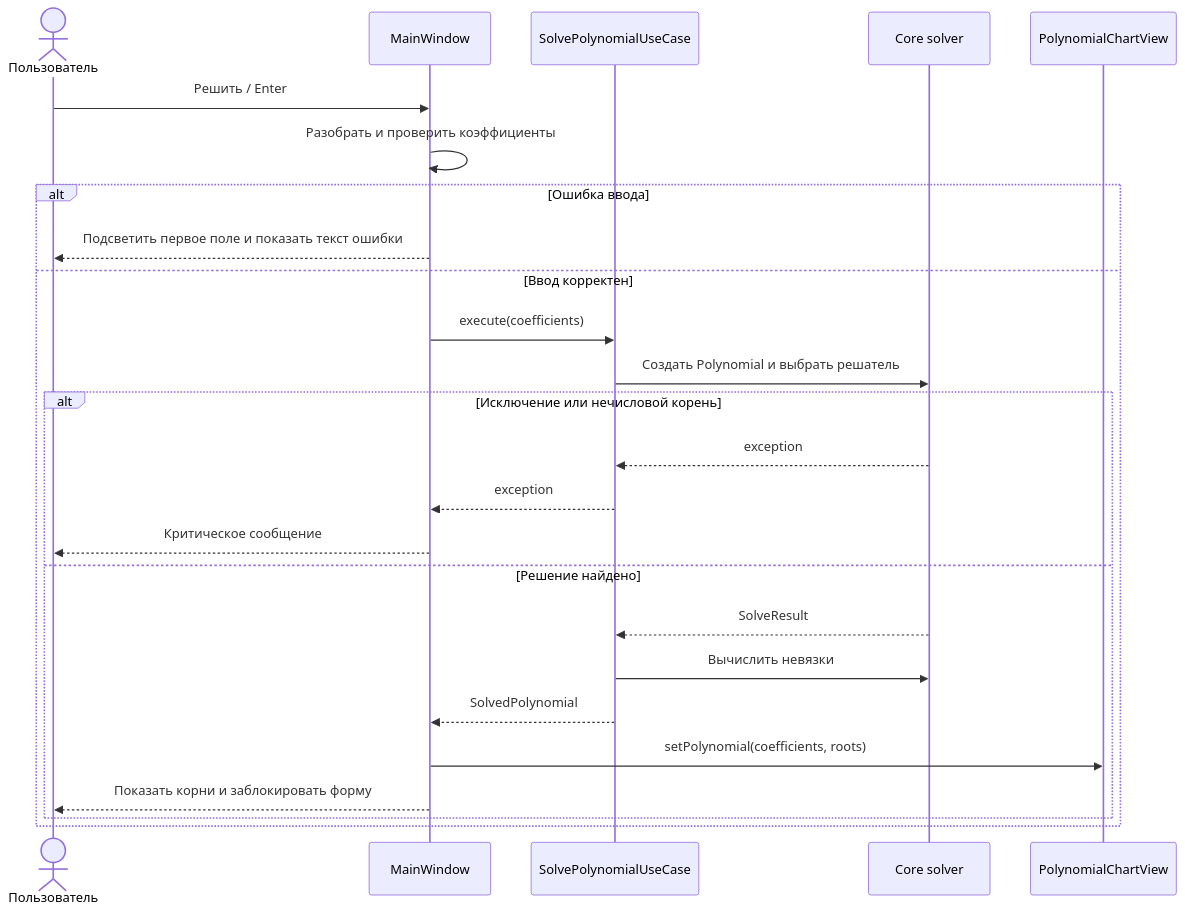
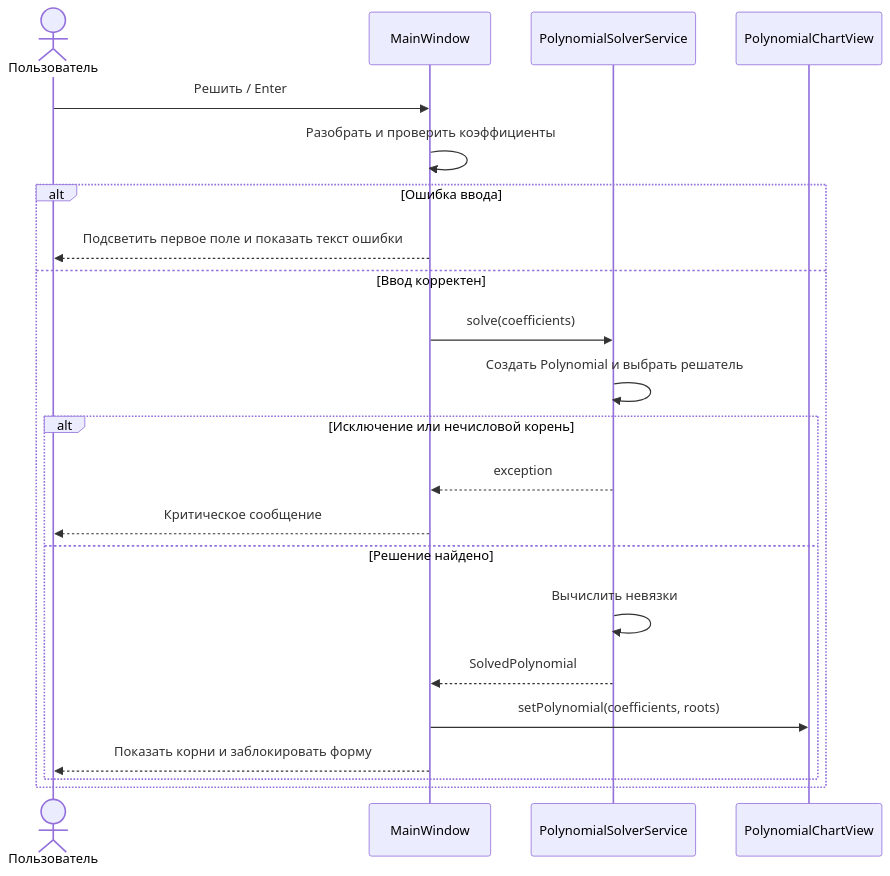
One commit to Modi663/PolynomialSolver changed the second of 3 diagrams in README.md. Above: the diagram before and after it, drawn with Mermaid. The commit also changed other lines of this file and 12 other files, not shown here.

````diff
--- a/README.md
+++ b/README.md
@@ -135,28 +135,25 @@
 ```mermaid
 sequenceDiagram
     actor User as Пользователь
     participant UI as MainWindow
-    participant App as SolvePolynomialUseCase
-    participant Core as Core solver
+    participant Core as PolynomialSolverService
     participant Chart as PolynomialChartView
 
     User->>UI: Решить / Enter
     UI->>UI: Разобрать и проверить коэффициенты
     alt Ошибка ввода
         UI-->>User: Подсветить первое поле и показать текст ошибки
     else Ввод корректен
-        UI->>App: execute(coefficients)
-        App->>Core: Создать Polynomial и выбрать решатель
+        UI->>Core: solve(coefficients)
+        Core->>Core: Создать Polynomial и выбрать решатель
         alt Исключение или нечисловой корень
-            Core-->>App: exception
-            App-->>UI: exception
+            Core-->>UI: exception
             UI-->>User: Критическое сообщение
         else Решение найдено
-            Core-->>App: SolveResult
-            App->>Core: Вычислить невязки
-            App-->>UI: SolvedPolynomial
+            Core->>Core: Вычислить невязки
+            Core-->>UI: SolvedPolynomial
             UI->>Chart: setPolynomial(coefficients, roots)
             UI-->>User: Показать корни и заблокировать форму
         end
     end
 ```
````
